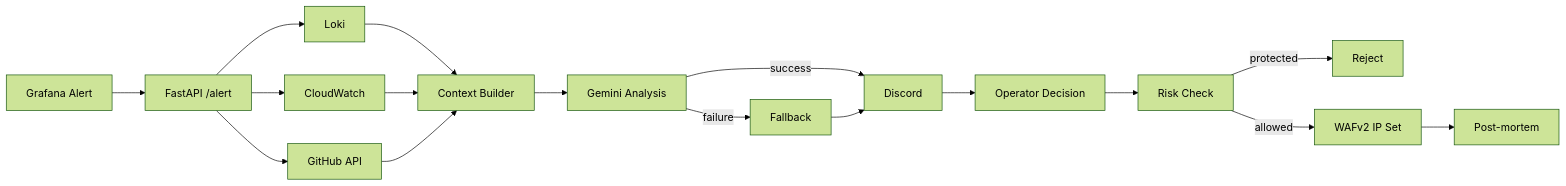
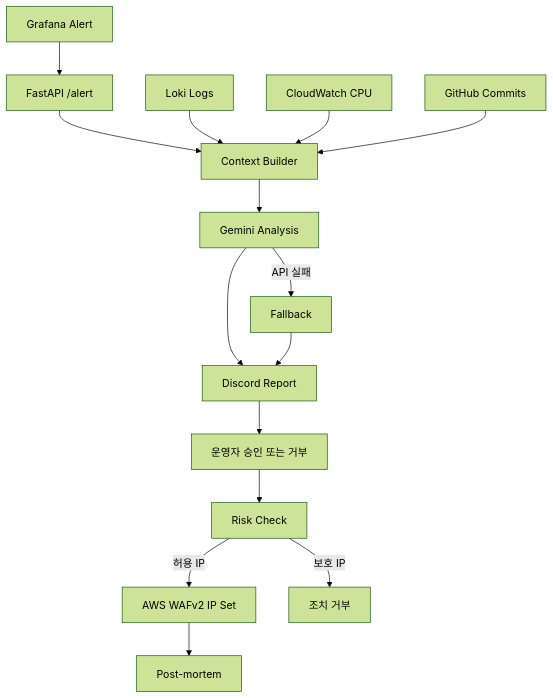
One commit to Hoit1210/Biforst changed the diagram in docs/architecture.md. Above: the diagram before and after it, drawn with Mermaid (forest theme). The commit also changed other lines of this file, not shown here.

Commit message:
docs: convert deployment architecture notes into Korean

````diff
--- a/docs/architecture.md
+++ b/docs/architecture.md
@@ -5,19 +5,17 @@
 ```mermaid
-flowchart LR
+flowchart TD
     G[Grafana Alert] --> F[FastAPI /alert]
-    F --> L[Loki]
-    F --> C[CloudWatch]
-    F --> H[GitHub API]
-    L --> X[Context Builder]
-    C --> X
-    H --> X
-    X --> A[Gemini Analysis]
-    A -->|success| D[Discord]
-    A -->|failure| R[Fallback]
-    R --> D
-    D --> O[Operator Decision]
+    F --> C[Context Builder]
+    L[Loki Logs] --> C
+    W[CloudWatch CPU] --> C
+    H[GitHub Commits] --> C
+    C --> A[Gemini Analysis]
+    A --> D[Discord Report]
+    A -->|API 실패| B[Fallback]
+    B --> D
+    D --> O[운영자 승인 또는 거부]
     O --> K[Risk Check]
-    K -->|protected| N[Reject]
-    K -->|allowed| W[WAFv2 IP Set]
-    W --> P[Post-mortem]
+    K -->|허용 IP| R[AWS WAFv2 IP Set]
+    K -->|보호 IP| X[조치 거부]
+    R --> P[Post-mortem]
 ```
````
